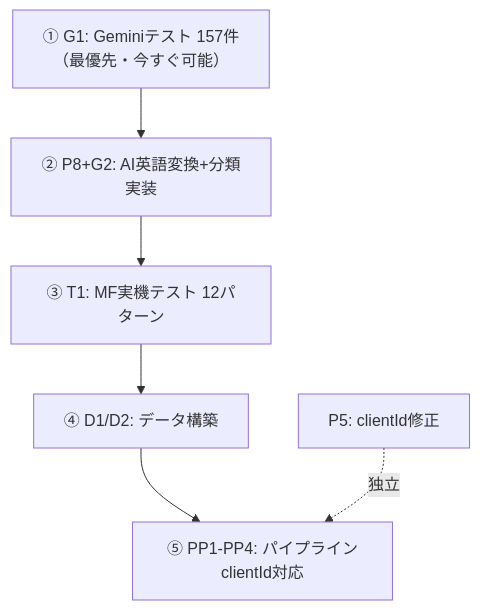
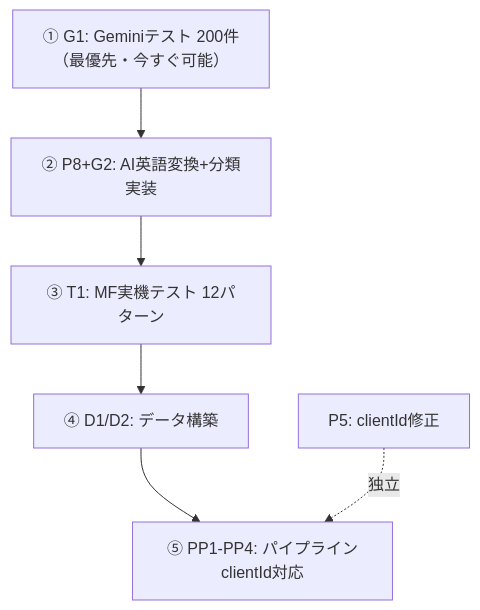
The diagram in docs/genzai/43_master_factsheet.md (tani0120/receipt-app), drawn with Mermaid before and after one commit. The commit also changed other lines of this file and 19 other files, not shown here.

````diff
--- a/docs/genzai/43_master_factsheet.md
+++ b/docs/genzai/43_master_factsheet.md
@@ -801,8 +818,8 @@
 ```mermaid
 graph TD
-    G1["① G1: Geminiテスト 157件<br>（最優先・今すぐ可能）"] --> P8G2["② P8+G2: AI英語変換+分類実装"]
+    G1["① G1: Geminiテスト 200件<br>（最優先・今すぐ可能）"] --> P8G2["② P8+G2: AI英語変換+分類実装"]
     P8G2 --> T1["③ T1: MF実機テスト 12パターン"]
     T1 --> D1["④ D1/D2: データ構築"]
     D1 --> PP["⑤ PP1-PP4: パイプラインclientId対応"]
     P5["P5: clientId修正"] -.->|独立| PP
 ```
````
